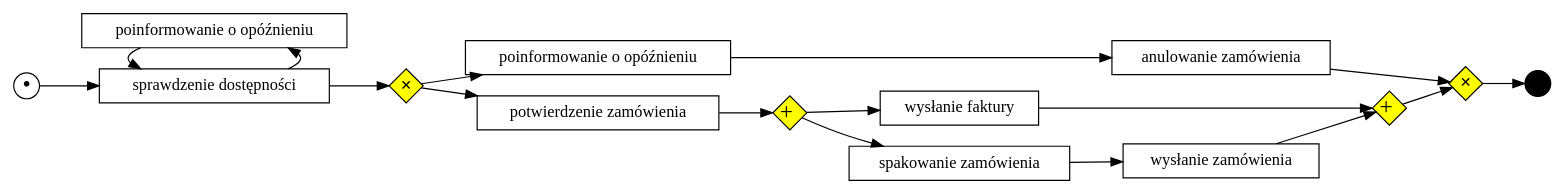
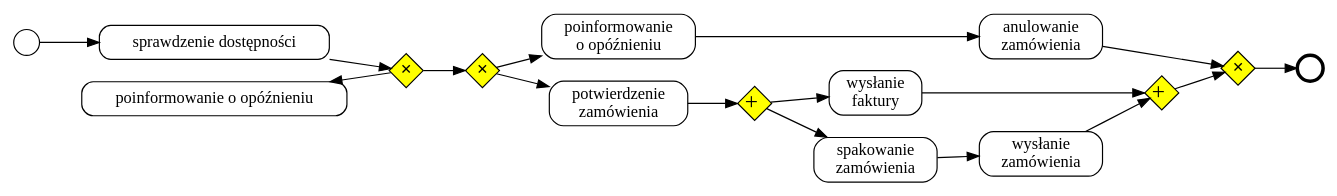
The diagram in PracaInzynierskaTex/complicated-process-example2.gv (psm8/automated-business-process-discovery), drawn with Graphviz before and after one commit. The commit also changed 28 other files, not shown here.

```diff
--- a/PracaInzynierskaTex/complicated-process-example2.gv
+++ b/PracaInzynierskaTex/complicated-process-example2.gv
@@ -1,46 +1,49 @@
 digraph G {
   rankdir=LR;
+
   subgraph place {
     node [shape=circle,fixedsize=true,label="",height=.3,width=.3];
-    in [label="&bull;", fontsize=20];
-    out [style=filled,fillcolor=black];
+    in;
+    out[penwidth=3];
   }
   subgraph xorgate {
     node [shape=diamond,fixedsize=true,width=.4,height=.4,label=<&#x2715;>,fontsize=12,style=filled,fillcolor=yellow]
-    x1; x2;
+    x1; x2; x4;
   }
   subgraph andgate {
     node [shape=diamond,fixedsize=true,width=.4,height=.4 label=<&#43;>,fontsize=20,style=filled,fillcolor=yellow]
     a1; a2;
   }
   subgraph optgate {
     node [shape=diamond,fixedsize=true,width=.4,height=.4,label=<&#9711;>,fontsize=12,style=filled,fillcolor=yellow]
   }
   subgraph transitions {
-    node [shape=rect,height=0.4,width=.4];
+    node [shape=Mrecord,height=0.4,width=.65];
     a[label="sprawdzenie dostępności"]; 
     ba[label="poinformowanie o opóźnieniu"]; 
-    bb[label="poinformowanie o opóźnieniu"]; 
-    c[label="anulowanie zamówienia"]; 
-    d[label="potwierdzenie zamówienia"]; 
-    e[label="wysłanie faktury"]; 
-    f[label="spakowanie zamówienia"]; 
-    g[label="wysłanie zamówienia"];
+    bb[label="poinformowanie\n o opóźnieniu"]; 
+    c[label="anulowanie\n zamówienia"]; 
+    d[label="potwierdzenie\n zamówienia"]; 
+    e[label="wysłanie\n faktury"]; 
+    f[label="spakowanie\n zamówienia"]; 
+    g[label="wysłanie\n zamówienia"];
   }
   subgraph skip {
     node [shape=rect,label="",height=0.4,width=.4,style=filled,fillcolor=black];
   }
 
   # align horizontally
-  in->a->x1
-  a->ba;
-  ba->a;
+  in->a
+
+  a->x4
+  x4->ba;
+  x4->x1;
   x1->bb->c->x2;
   x1->d->a1;
   a2->x2;
   a1->e->a2;
   a1->f->g->a2
   x2->out;
-  # align vertically
+
   {rank=same; a;ba}
 }
```
